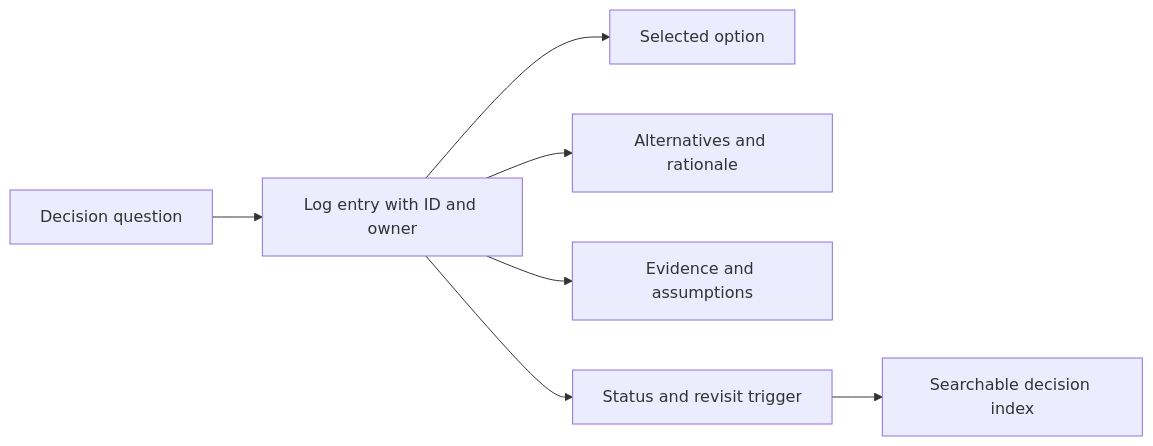
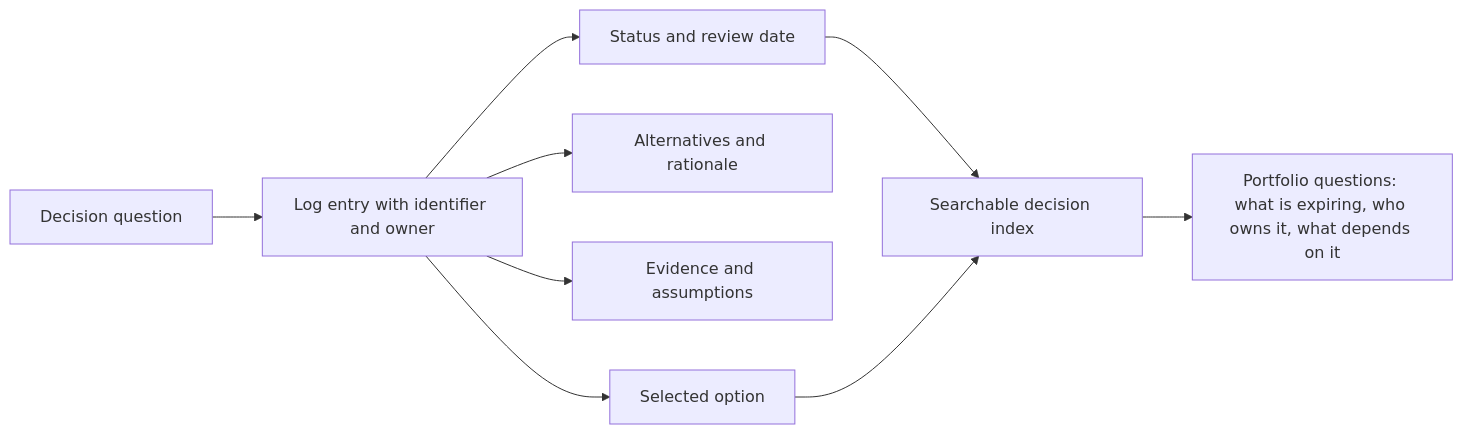
Before and after one commit to joydasss/Architect: the first of 8 diagrams in 21_Architecture_Documentation/CH10_Decision_Logs.md, drawn with Mermaid. The commit also changed other lines of this file and 22 other files, not shown here.

Commit message:
Architecture changes

````diff
--- a/21_Architecture_Documentation/CH10_Decision_Logs.md
+++ b/21_Architecture_Documentation/CH10_Decision_Logs.md
@@ -11,9 +48,11 @@
 ```mermaid
 flowchart LR
-    Question[Decision question] --> Entry[Log entry with ID and owner]
+    Question[Decision question] --> Entry[Log entry with identifier and owner]
     Entry --> Choice[Selected option]
     Entry --> Alternatives[Alternatives and rationale]
     Entry --> Evidence[Evidence and assumptions]
-    Entry --> Status[Status and revisit trigger]
+    Entry --> Status[Status and review date]
     Status --> Index[Searchable decision index]
+    Choice --> Index
+    Index --> Query[Portfolio questions: what is expiring, who owns it, what depends on it]
 ```
````
